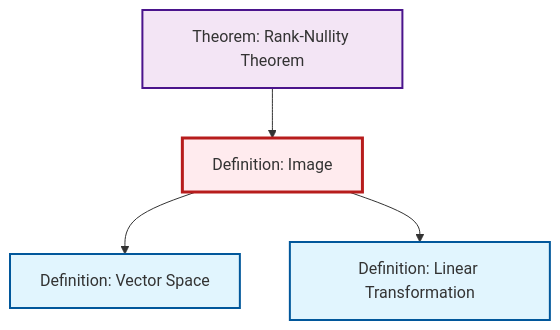
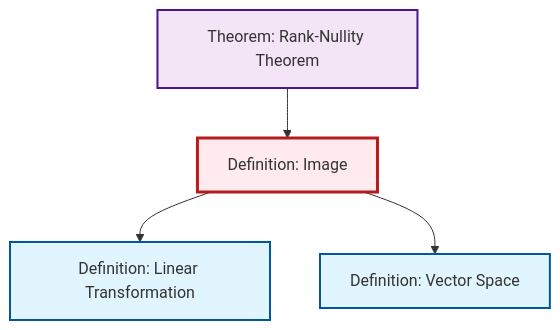
Before and after one commit to RK0429/ModernMath: the diagram in content/en/algebra/def-image.qmd, drawn with Mermaid. The commit also changed other lines of this file and 530 other files, not shown here.

````diff
--- a/content/en/algebra/def-image.qmd
+++ b/content/en/algebra/def-image.qmd
@@ -51,20 +51,20 @@
 ```{mermaid}
 %%| fig-cap: "Local dependency graph"
 graph TD
     classDef definition fill:#e1f5fe,stroke:#01579b,stroke-width:2px
     classDef theorem fill:#f3e5f5,stroke:#4a148c,stroke-width:2px
     classDef axiom fill:#fff3e0,stroke:#e65100,stroke-width:2px
     classDef example fill:#e8f5e9,stroke:#1b5e20,stroke-width:2px
     classDef current fill:#ffebee,stroke:#b71c1c,stroke-width:3px
     thm-rank-nullity["Theorem: Rank-Nullity Theorem"]:::theorem
+    def-vector-space["Definition: Vector Space"]:::definition
     def-linear-transformation["Definition: Linear Transformation"]:::definition
     def-image["Definition: Image"]:::definition
-    def-vector-space["Definition: Vector Space"]:::definition
+    def-image --> def-linear-transformation
+    thm-rank-nullity --> def-image
     def-image --> def-vector-space
-    thm-rank-nullity --> def-image
-    def-image --> def-linear-transformation
     class def-image current
     click thm-rank-nullity "thm-rank-nullity.html" "Go to Rank-Nullity Theorem theorem"
+    click def-vector-space "def-vector-space.html" "Go to Vector Space definition"
     click def-linear-transformation "def-linear-transformation.html" "Go to Linear Transformation definition"
-    click def-vector-space "def-vector-space.html" "Go to Vector Space definition"
 ```
````
